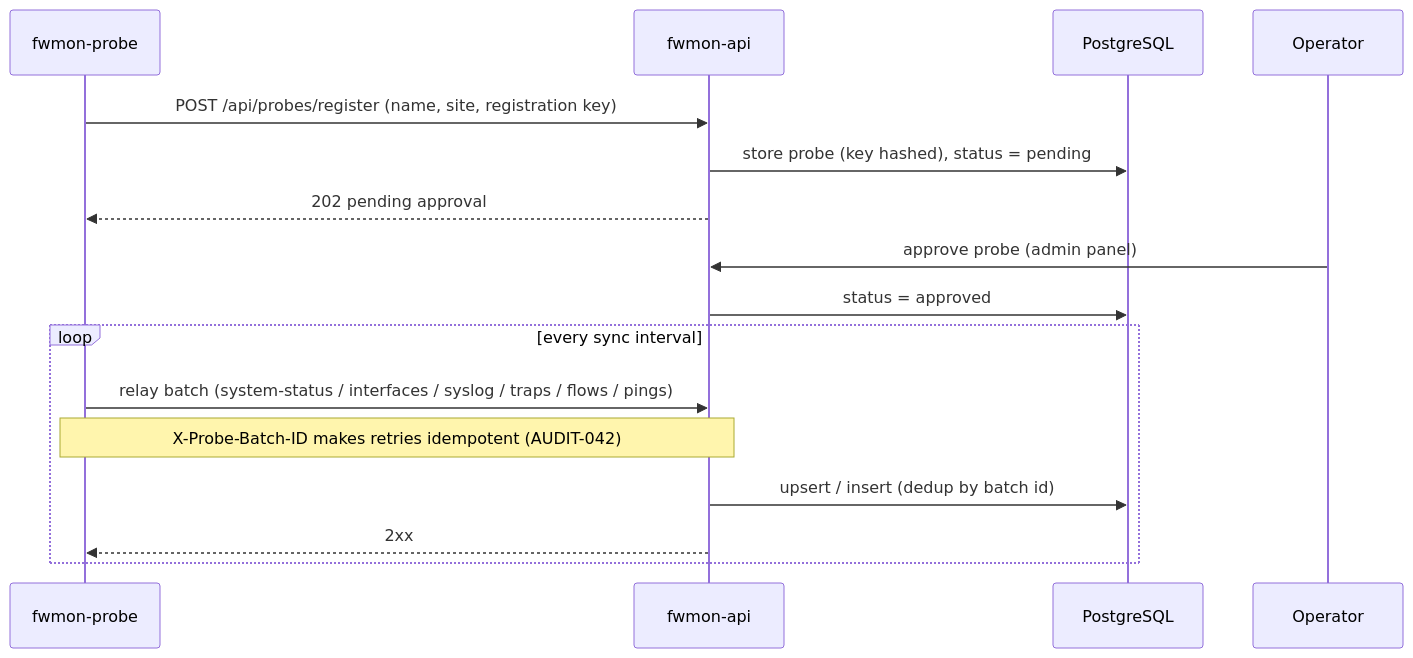
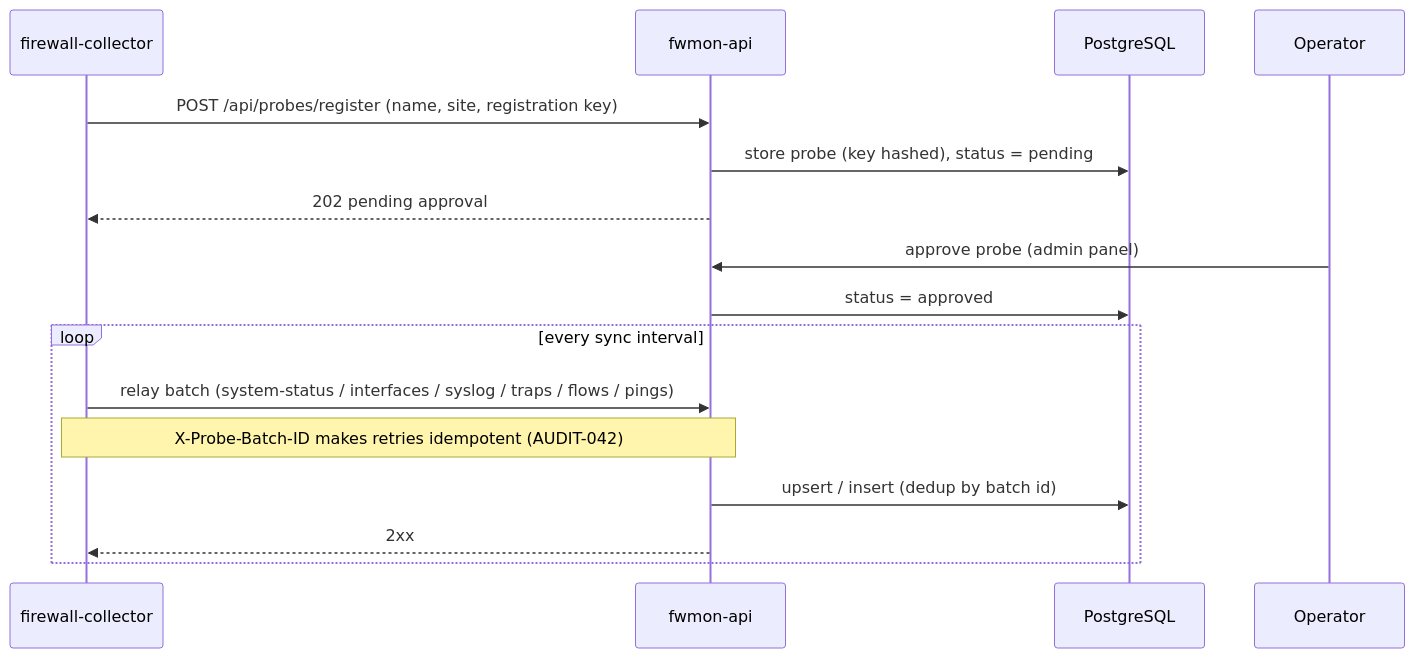
One commit to xphox2/Firewall-Monitoring changed the second of 4 diagrams in docs/architecture.md. Above: the diagram before and after it, drawn with Mermaid. The commit also changed other lines of this file and 15 other files, not shown here.

````diff
--- a/docs/architecture.md
+++ b/docs/architecture.md
@@ -68,19 +68,19 @@
 ```mermaid
 sequenceDiagram
-    participant P as fwmon-probe
+    participant P as firewall-collector
     participant A as fwmon-api
     participant D as PostgreSQL
     participant Op as Operator
 
     P->>A: POST /api/probes/register (name, site, registration key)
     A->>D: store probe (key hashed), status = pending
     A-->>P: 202 pending approval
     Op->>A: approve probe (admin panel)
     A->>D: status = approved
     loop every sync interval
         P->>A: relay batch (system-status / interfaces / syslog / traps / flows / pings)
         Note over P,A: X-Probe-Batch-ID makes retries idempotent (AUDIT-042)
         A->>D: upsert / insert (dedup by batch id)
         A-->>P: 2xx
     end
 ```
````
